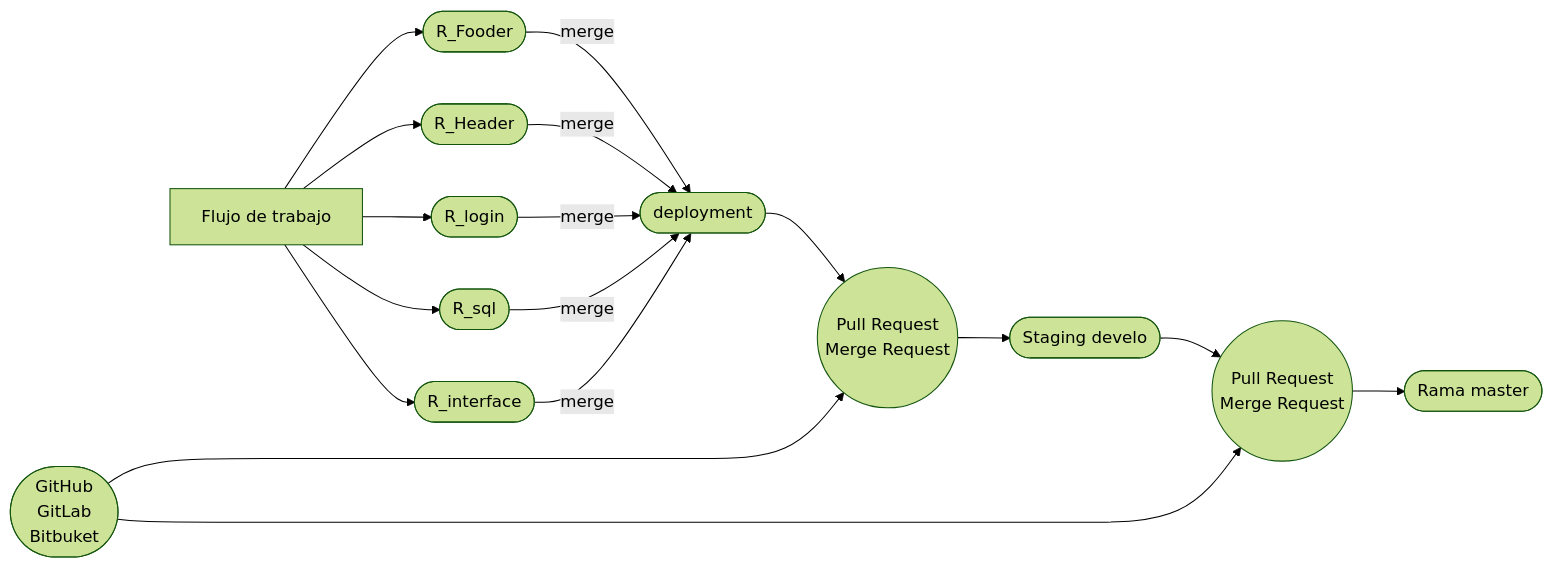
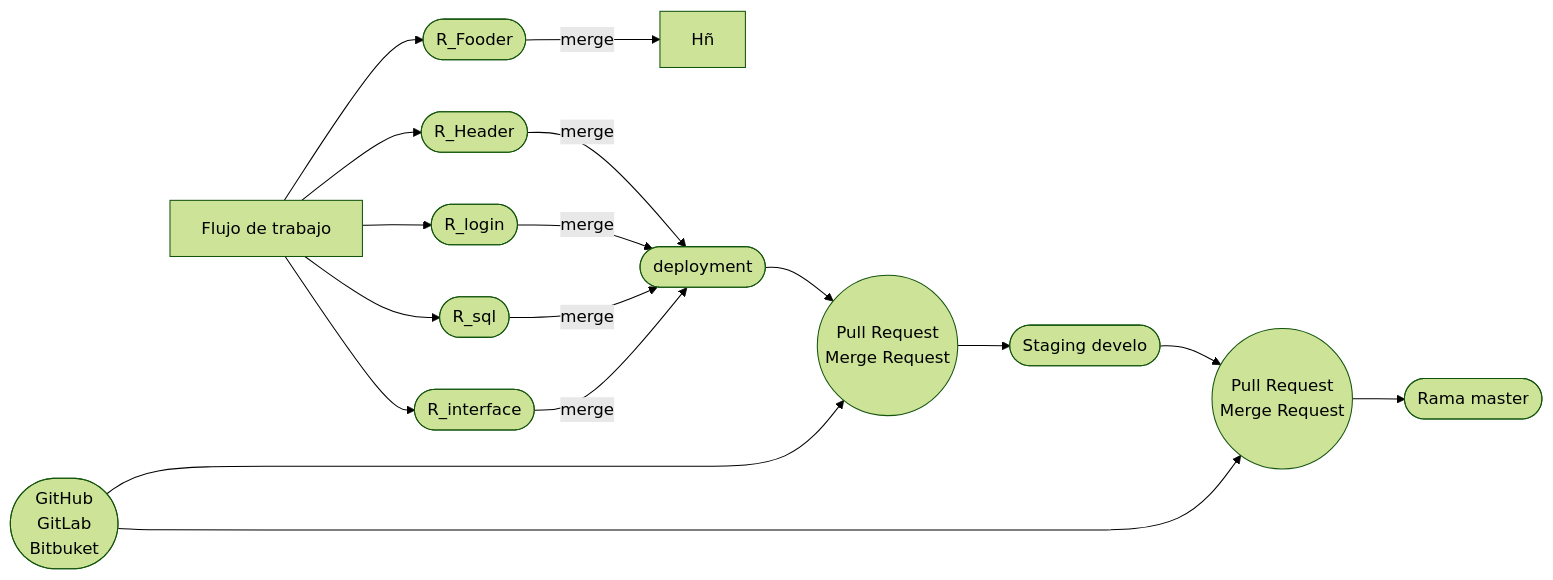
Before and after one commit to dczinil/git: the diagram in Notas_del_curso_de_git.md, drawn with Mermaid (forest theme).

Commit message:
Actualizar todos los cambios

````diff
--- a/Notas_del_curso_de_git.md
+++ b/Notas_del_curso_de_git.md
@@ -343,13 +343,13 @@
 ```mermaid
 
 graph LR
-A[Flujo de trabajo]-->B([R_Fooder])--merge-->H
+A[Flujo de trabajo]-->B([R_Fooder])--merge-->Hñ
 A[Flujo de trabajo]-->C([R_Header])--merge-->H
 A[Flujo de trabajo]-->D([R_login])--merge-->H
 A[Flujo de trabajo]-->E([R_sql])--merge-->H
 A[Flujo de trabajo]-->G([R_interface])--merge-->H
 H([deployment])-->L((Pull Request</br>Merge Request))-->I([Staging  develo])-->O((Pull Request</br>Merge Request))-->K([Rama master])
 
 P([GitHub</br>GitLab</br>Bitbuket</br>])-->O
 P([GitHub</br>GitLab</br>Bitbuket</br>])----->L
 ```
````
